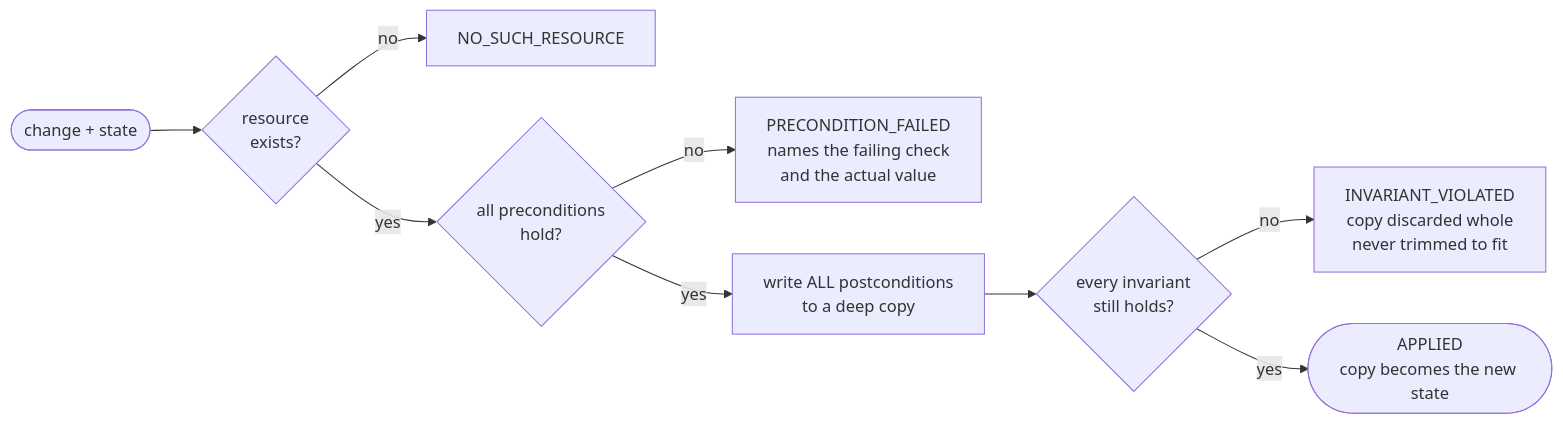
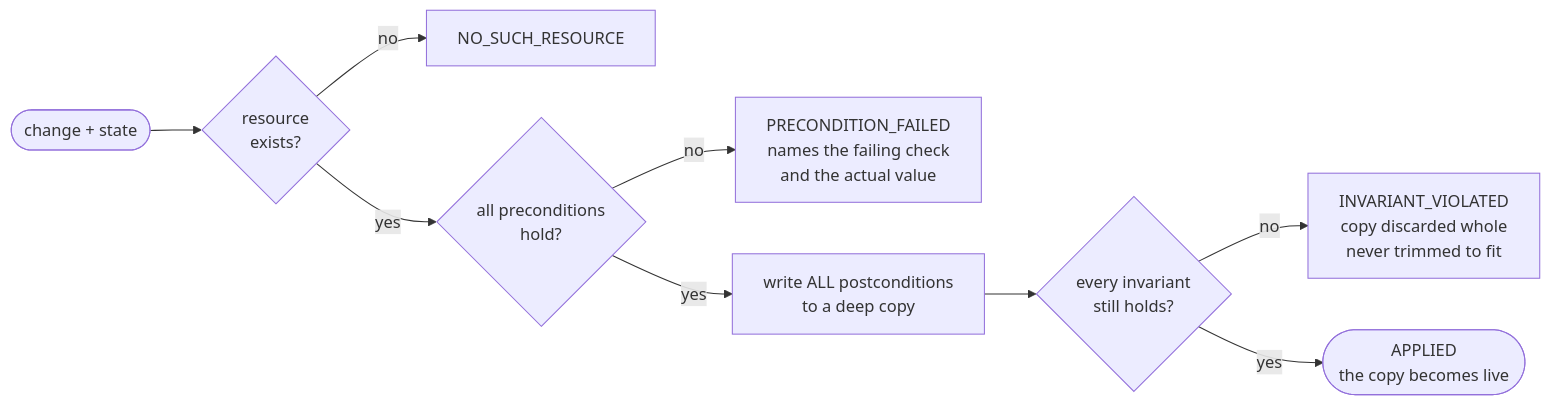
Before and after one commit to Atith-C/ApplyMerge---Concurrent-Infrastructure-Apply-Reconciliation: the fourth of 5 diagrams in README.md, drawn with Mermaid. The commit also changed other lines of this file and 1 other file, not shown here.

````diff
--- a/README.md
+++ b/README.md
@@ -142,11 +168,11 @@
 ```mermaid
 flowchart LR
     IN(["change + state"]) --> R{"resource<br/>exists?"}
     R -->|no| X1["NO_SUCH_RESOURCE"]
     R -->|yes| P{"all preconditions<br/>hold?"}
     P -->|no| X2["PRECONDITION_FAILED<br/>names the failing check<br/>and the actual value"]
     P -->|yes| W["write ALL postconditions<br/>to a deep copy"]
     W --> I{"every invariant<br/>still holds?"}
     I -->|no| X3["INVARIANT_VIOLATED<br/>copy discarded whole<br/>never trimmed to fit"]
-    I -->|yes| OK(["APPLIED<br/>copy becomes the new state"])
+    I -->|yes| OK(["APPLIED<br/>the copy becomes live"])
 ```
````
